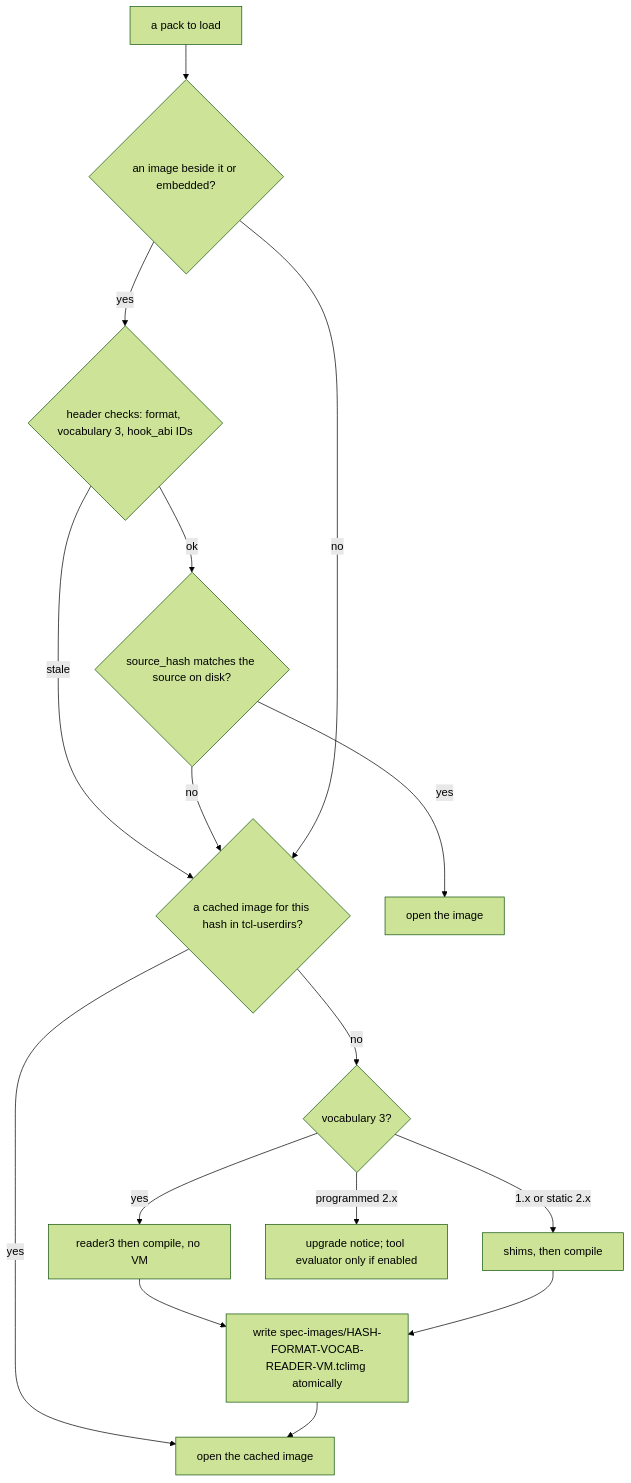
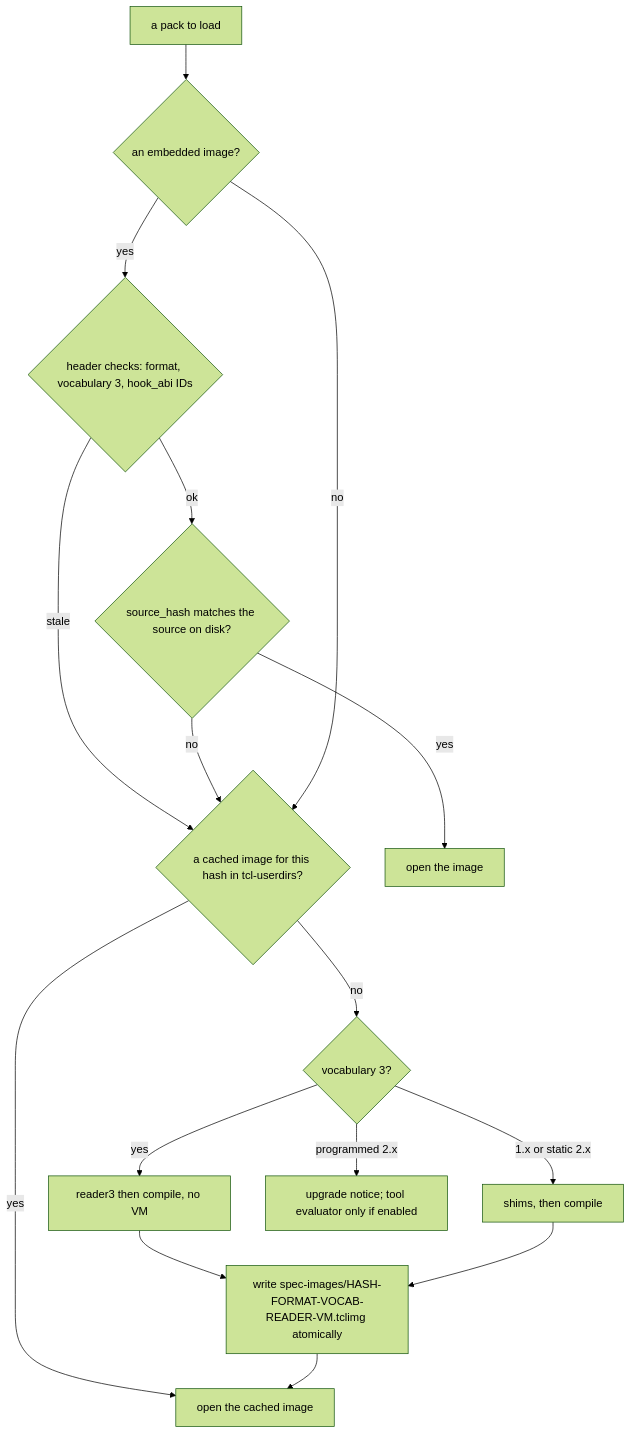
One commit to bitwisecook/tcl-lsp changed the second of 2 diagrams in docs/design/registry/model/306-expect-spike.md. Above: the diagram before and after it, drawn with Mermaid (forest theme). The commit also changed other lines of this file and 15 other files, not shown here.

````diff
--- a/docs/design/registry/model/306-expect-spike.md
+++ b/docs/design/registry/model/306-expect-spike.md
@@ -157,18 +166,18 @@
 ```mermaid
 flowchart TB
-  pack["a pack to load"] --> hasImg{"an image beside it or embedded?"}
+  pack["a pack to load"] --> hasImg{"an embedded image?"}
   hasImg -- yes --> header{"header checks: format, vocabulary 3, hook_abi IDs"}
   header -- stale --> cache
   header -- ok --> hash{"source_hash matches the source on disk?"}
   hash -- yes --> useImg["open the image"]
   hash -- no --> cache{"a cached image for this hash in tcl-userdirs?"}
   hasImg -- no --> cache
   cache -- yes --> useCache["open the cached image"]
   cache -- no --> version{"vocabulary 3?"}
   version -- yes --> compile["reader3 then compile, no VM"]
   version -- "1.x or static 2.x" --> shim["shims, then compile"]
   version -- "programmed 2.x" --> notice["upgrade notice; tool evaluator only if enabled"]
   compile --> write["write spec-images/HASH-FORMAT-VOCAB-READER-VM.tclimg atomically"]
   shim --> write
   write --> useCache
 ```
````
